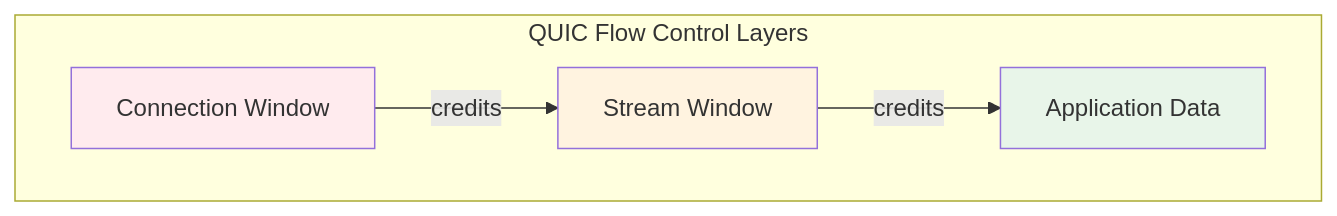
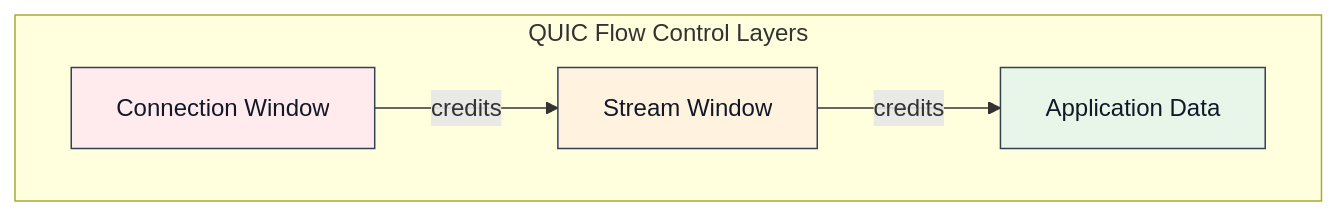
One commit to gabloe/felix changed the second of 7 diagrams in docs-site/src/content/docs/architecture/components.md. Above: the diagram before and after it, drawn with Mermaid. The commit also changed other lines of this file and 36 other files, not shown here.

````diff
--- a/docs-site/src/content/docs/architecture/components.md
+++ b/docs-site/src/content/docs/architecture/components.md
@@ -116,15 +144,15 @@
 ```mermaid
 graph TB
     subgraph "QUIC Flow Control Layers"
         Connection[Connection Window]
         Stream[Stream Window]
         Data[Application Data]
     end
     
     Connection -->|credits| Stream
     Stream -->|credits| Data
     
-    style Connection fill:#ffebee
-    style Stream fill:#fff3e0
-    style Data fill:#e8f5e9
+    style Connection fill:#ffebee,stroke:#334155,color:#111827
+    style Stream fill:#fff3e0,stroke:#334155,color:#111827
+    style Data fill:#e8f5e9,stroke:#334155,color:#111827
 ```
````
